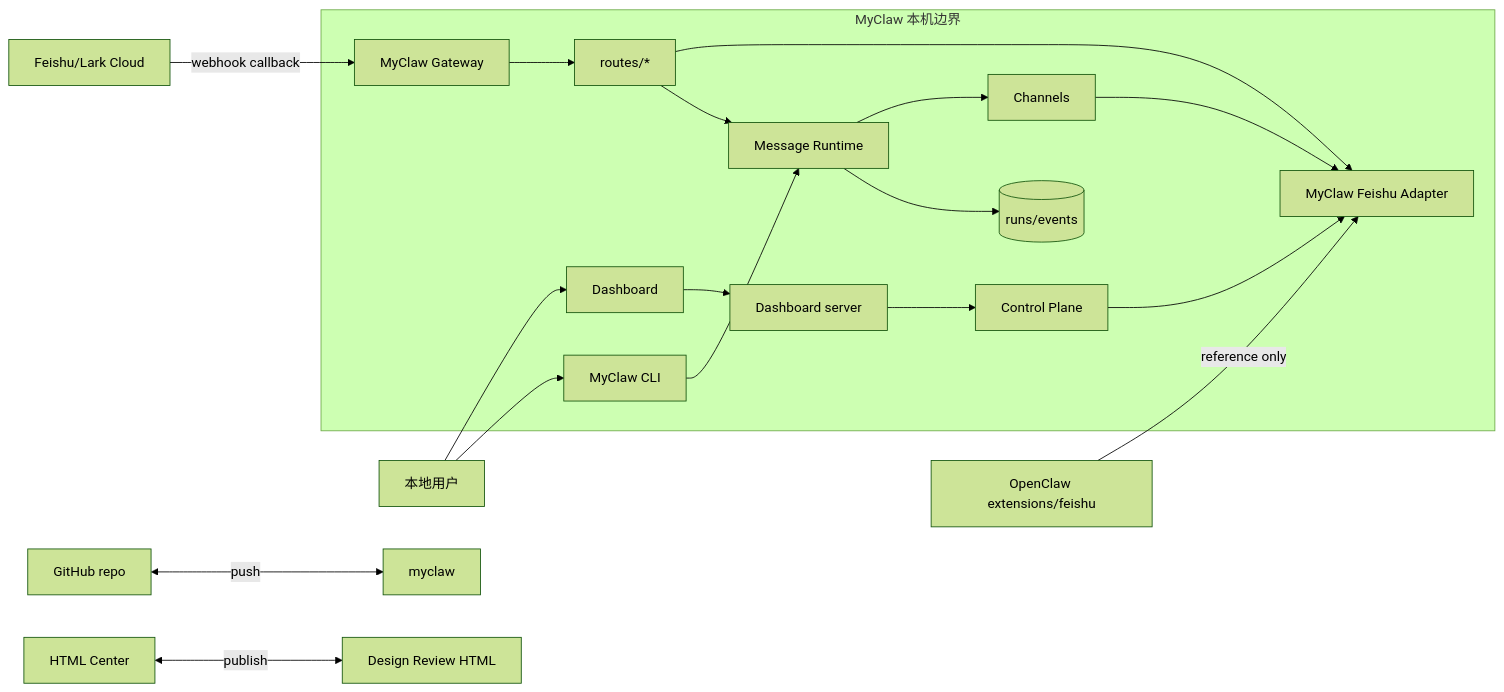
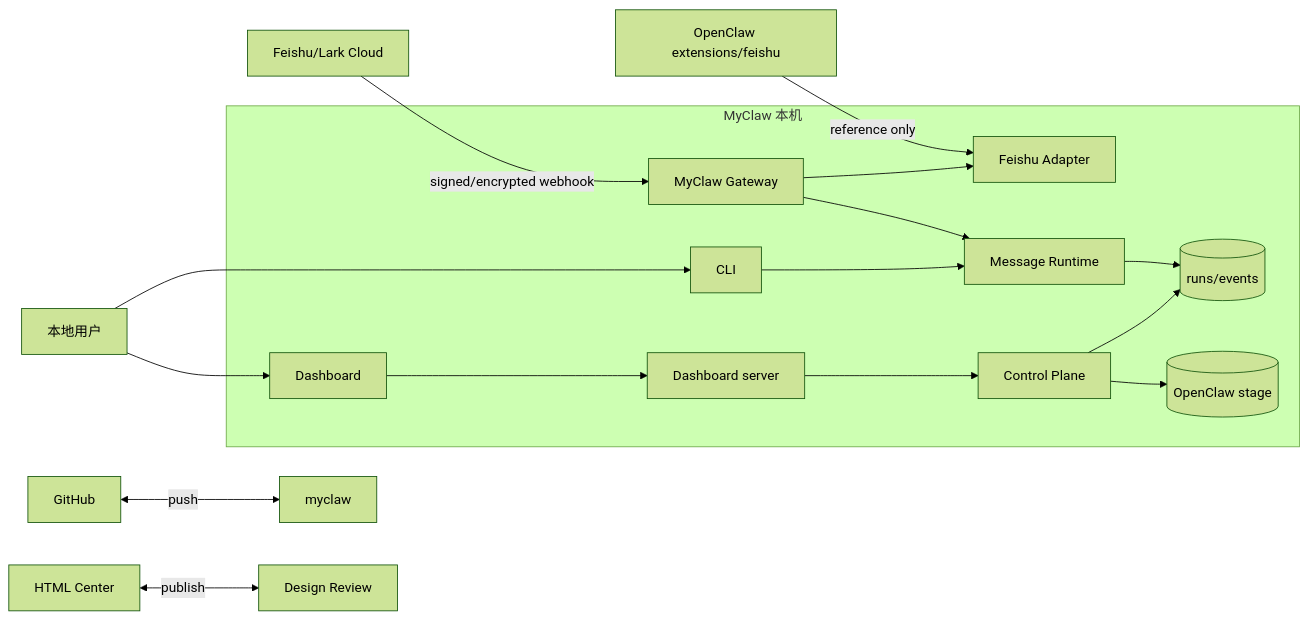
Before and after one commit to mayf3/myclaw: the first of 8 diagrams in docs/implementation-architecture.md, drawn with Mermaid (forest theme). The commit also changed other lines of this file and 30 other files, not shown here.

Commit message:
feat: support feishu encrypted challenge

````diff
--- a/docs/implementation-architecture.md
+++ b/docs/implementation-architecture.md
@@ -44,22 +44,20 @@
 ```mermaid
 flowchart LR
+  Feishu[Feishu/Lark Cloud] -->|signed/encrypted webhook| Gateway[MyClaw Gateway]
+  OpenClaw[OpenClaw extensions/feishu] -->|reference only| Adapter[Feishu Adapter]
   User[本地用户] --> Browser[Dashboard]
-  User --> CLI[MyClaw CLI]
-  Feishu[Feishu/Lark Cloud] -->|webhook callback| Gateway[MyClaw Gateway]
-  OpenClaw[OpenClaw extensions/feishu] -->|reference only| Adapter[MyClaw Feishu Adapter]
-  GitHub[GitHub repo] <-->|push| Repo[myclaw]
-  HtmlCenter[HTML Center] <-->|publish| Reports[Design Review HTML]
+  User --> CLI[CLI]
+  GitHub[GitHub] <-->|push| Repo[myclaw]
+  HtmlCenter[HTML Center] <-->|publish| Reports[Design Review]
 
-  subgraph Local[MyClaw 本机边界]
-    Gateway --> Routes[routes/*]
-    Routes --> Adapter
-    Routes --> Runtime[Message Runtime]
+  subgraph Local[MyClaw 本机]
+    Gateway --> Adapter
+    Gateway --> Runtime[Message Runtime]
+    Runtime --> State[(runs/events)]
     Browser --> Dashboard[Dashboard server]
     Dashboard --> Control[Control Plane]
-    Control --> Adapter
-    Runtime --> Channels[Channels]
-    Channels --> Adapter
-    Runtime --> State[(runs/events)]
+    Control --> State
+    Control --> Stage[(OpenClaw stage)]
     CLI --> Runtime
   end
 ```
````
